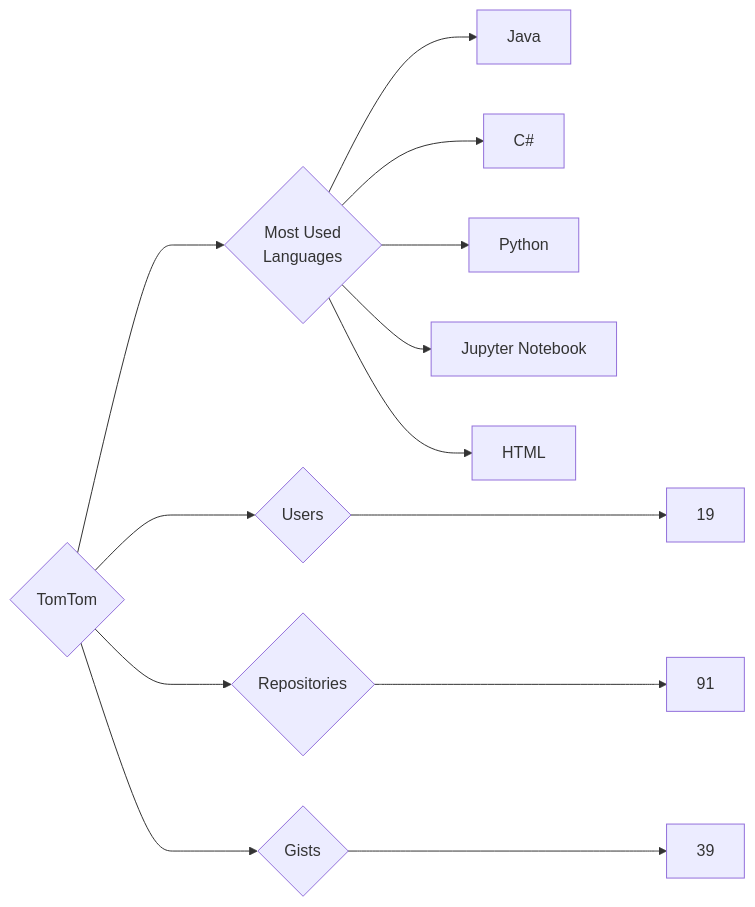
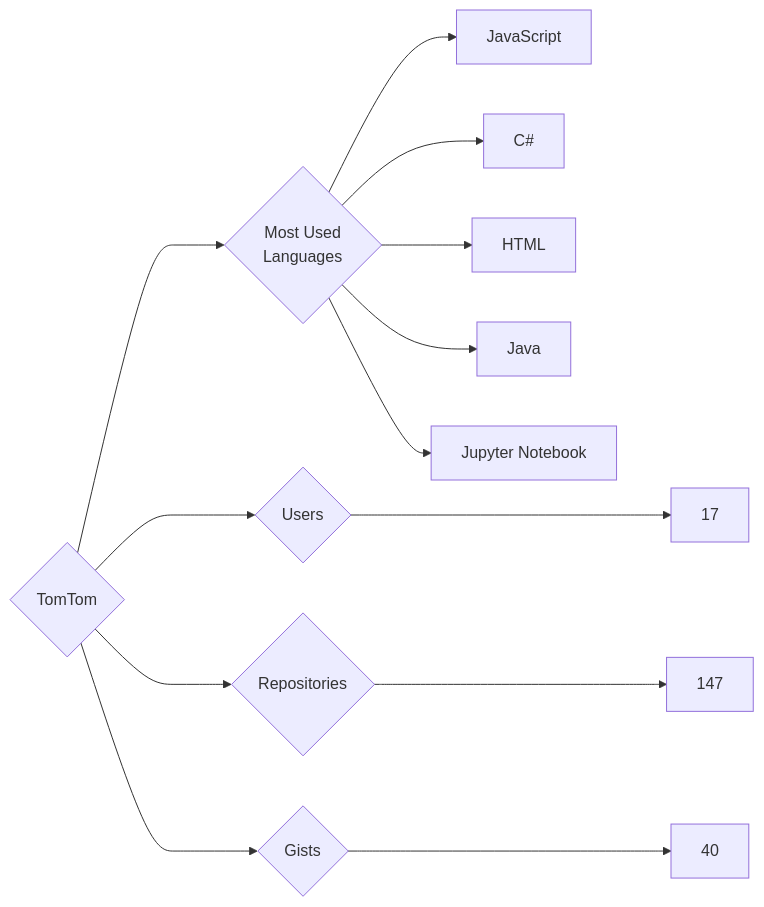
Before and after one commit to trickest/insiders: the diagram in targets/TomTom/README.md, drawn with Mermaid. The commit also changed 928 other files, not shown here.

````diff
--- a/targets/TomTom/README.md
+++ b/targets/TomTom/README.md
@@ -3,13 +3,13 @@
 ```mermaid
 graph LR
 COMPANY_NAME{TomTom}
-COMPANY_NAME ---> U{Users} ---> UN[19]
-COMPANY_NAME ---> R{Repositories} ---> RN[91]
-COMPANY_NAME ---> G{Gists} ---> GN[39]
+COMPANY_NAME ---> U{Users} ---> UN[17]
+COMPANY_NAME ---> R{Repositories} ---> RN[147]
+COMPANY_NAME ---> G{Gists} ---> GN[40]
 COMPANY_NAME ---> ML{Most Used<br>Languages}
+ML --> JavaScript[JavaScript]
+ML --> C#[C#]
+ML --> HTML[HTML]
 ML --> Java[Java]
-ML --> C#[C#]
-ML --> Python[Python]
 ML --> Jupyter_Notebook[Jupyter Notebook]
-ML --> HTML[HTML]
 ```
````
